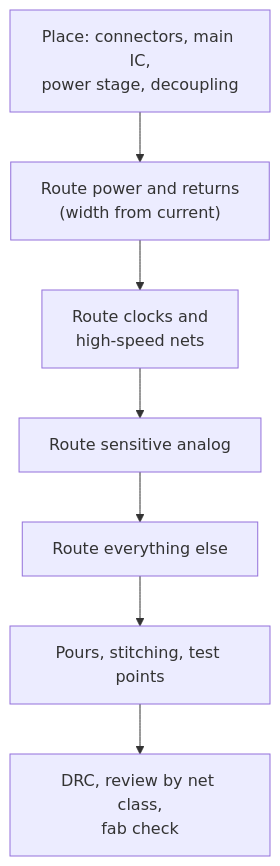
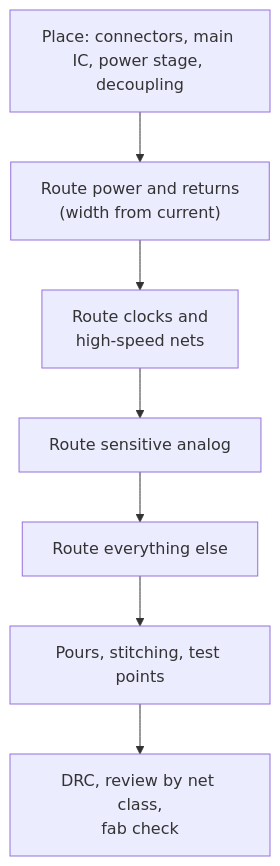
The diagram in content/questions/q0482.md (atallm7/monty-prep), drawn with Mermaid before and after one commit. The commit also changed 14 other files, not shown here.

````diff
--- a/content/questions/q0482.md
+++ b/content/questions/q0482.md
@@ -114,9 +114,9 @@
 ```mermaid
 flowchart TB
-  A["Place: connectors, main IC,<br/>power stage, decoupling"] --> B["Route power and returns<br/>(width from current)"]
+  A["Place: connectors, main IC, power stage, decoupling"] --> B["Route power and returns<br/>(width from current)"]
   B --> C["Route clocks and<br/>high-speed nets"]
   C --> D["Route sensitive analog"]
   D --> E["Route everything else"]
   E --> F["Pours, stitching, test points"]
   F --> G["DRC, review by net class,<br/>fab check"]
 ```
````
